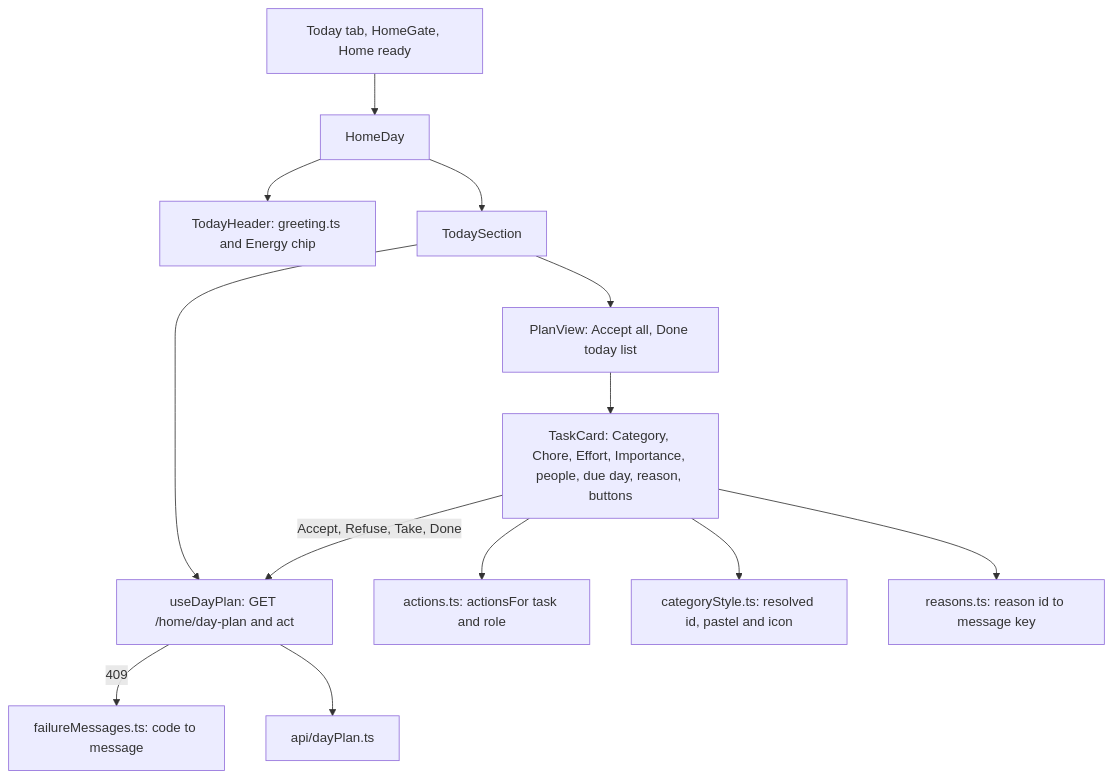
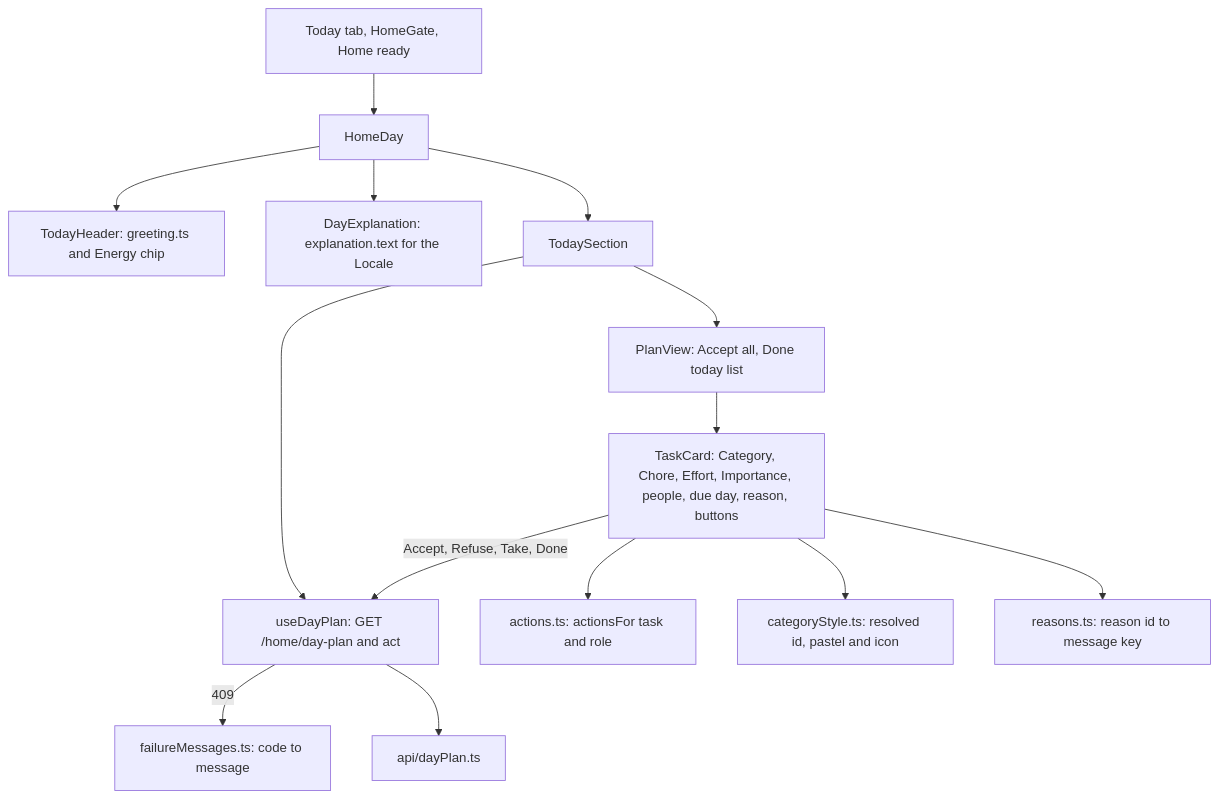
One commit to AbnerWillclefy/Homeowner changed the eighth of 10 diagrams in docs/architecture/web.md. Above: the diagram before and after it, drawn with Mermaid. The commit also changed other lines of this file, not shown here.

Commit message:
docs(architecture): Today shows the Day Plan explanation (#28)

````diff
--- a/docs/architecture/web.md
+++ b/docs/architecture/web.md
@@ -346,15 +348,16 @@
 ```mermaid
 flowchart TD
     HS[Today tab, HomeGate, Home ready] --> HD[HomeDay]
     HD --> TH[TodayHeader: greeting.ts and Energy chip]
+    HD --> DE[DayExplanation: explanation.text for the Locale]
     HD --> TS[TodaySection]
     TS --> UD[useDayPlan: GET /home/day-plan and act]
     TS --> PV[PlanView: Accept all, Done today list]
     PV --> TC[TaskCard: Category, Chore, Effort, Importance, people, due day, reason, buttons]
     TC --> AC[actions.ts: actionsFor task and role]
     TC -->|Accept, Refuse, Take, Done| UD
     UD -->|409| FM[failureMessages.ts: code to message]
     TC --> CS[categoryStyle.ts: resolved id, pastel and icon]
     TC --> R[reasons.ts: reason id to message key]
     UD --> API[api/dayPlan.ts]
 ```
````
